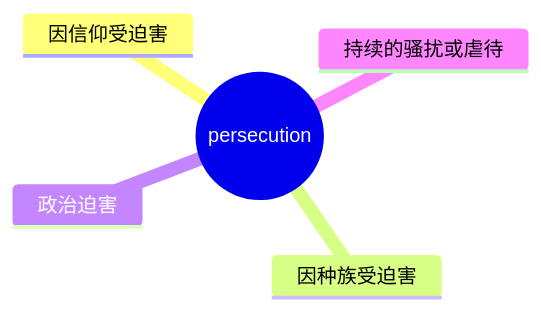
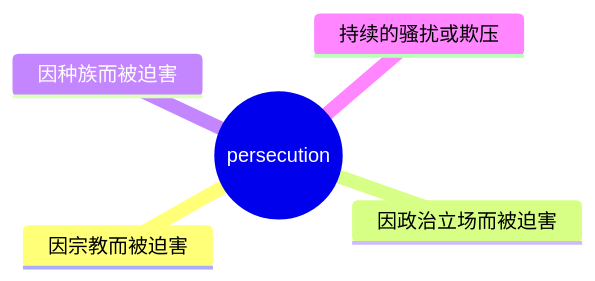
Before and after one commit to seki999/DialogueFlow: the second of 5 diagrams in slides_backup/托业单词/20260630/03.md, drawn with Mermaid. The commit also changed other lines of this file and 28 other files, not shown here.

````diff
--- a/slides_backup/托业单词/20260630/03.md
+++ b/slides_backup/托业单词/20260630/03.md
@@ -33,8 +35,8 @@
 ```mermaid
 mindmap
   root((persecution))
-    因信仰受迫害
-    因种族受迫害
-    政治迫害
-    持续的骚扰或虐待
+    因宗教而被迫害
+    因政治立场而被迫害
+    因种族而被迫害
+    持续的骚扰或欺压
 ```
````
